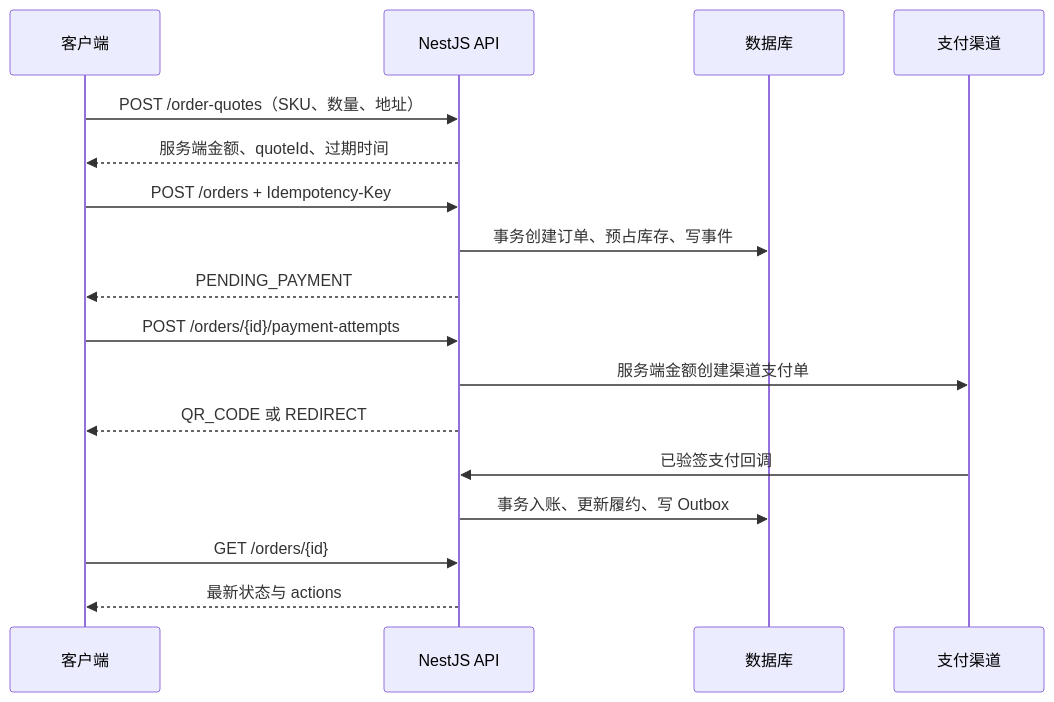
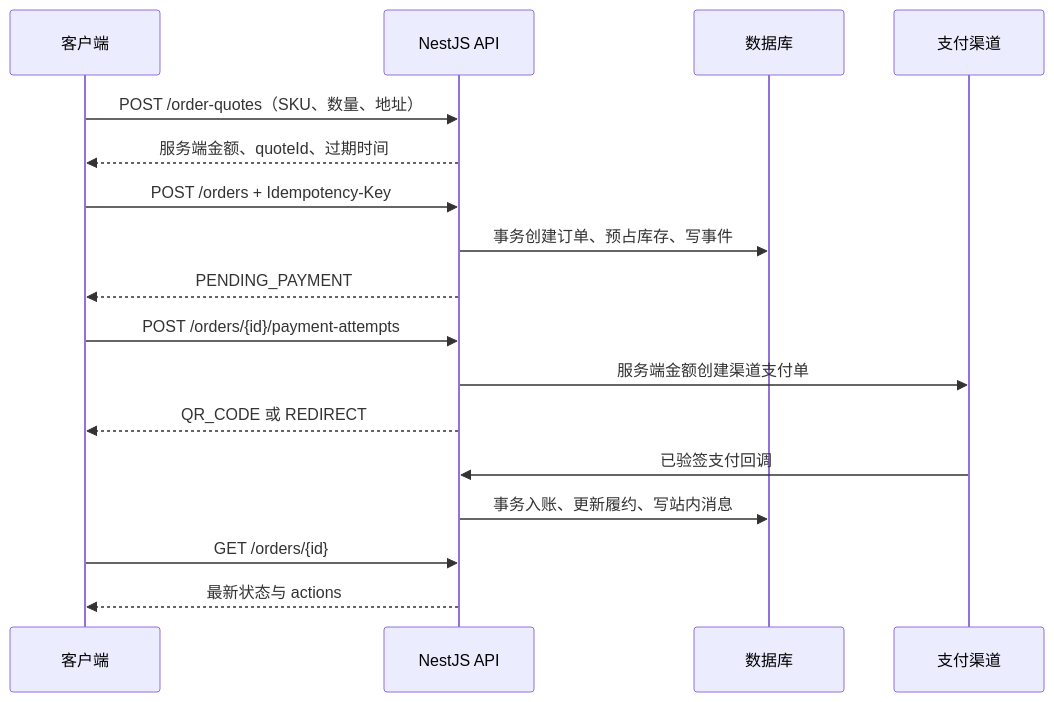
The second of 4 diagrams in docs/03-business-flows.md (WOWBIGDAN/chunai-platform), drawn with Mermaid before and after one commit. The commit also changed other lines of this file and 30 other files, not shown here.

````diff
--- a/docs/03-business-flows.md
+++ b/docs/03-business-flows.md
@@ -86,19 +86,19 @@
 ```mermaid
 sequenceDiagram
     participant C as 客户端
     participant API as NestJS API
     participant DB as 数据库
     participant P as 支付渠道
     C->>API: POST /order-quotes（SKU、数量、地址）
     API-->>C: 服务端金额、quoteId、过期时间
     C->>API: POST /orders + Idempotency-Key
     API->>DB: 事务创建订单、预占库存、写事件
     API-->>C: PENDING_PAYMENT
     C->>API: POST /orders/{id}/payment-attempts
     API->>P: 服务端金额创建渠道支付单
     API-->>C: QR_CODE 或 REDIRECT
     P->>API: 已验签支付回调
-    API->>DB: 事务入账、更新履约、写 Outbox
+    API->>DB: 事务入账、更新履约、写站内消息
     C->>API: GET /orders/{id}
     API-->>C: 最新状态与 actions
 ```
````
